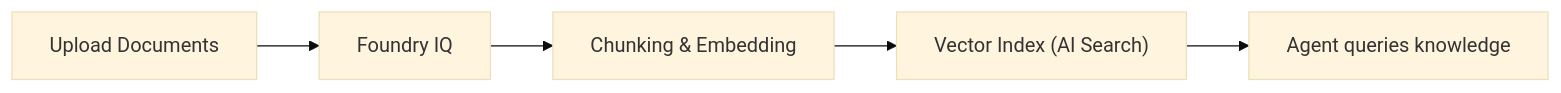
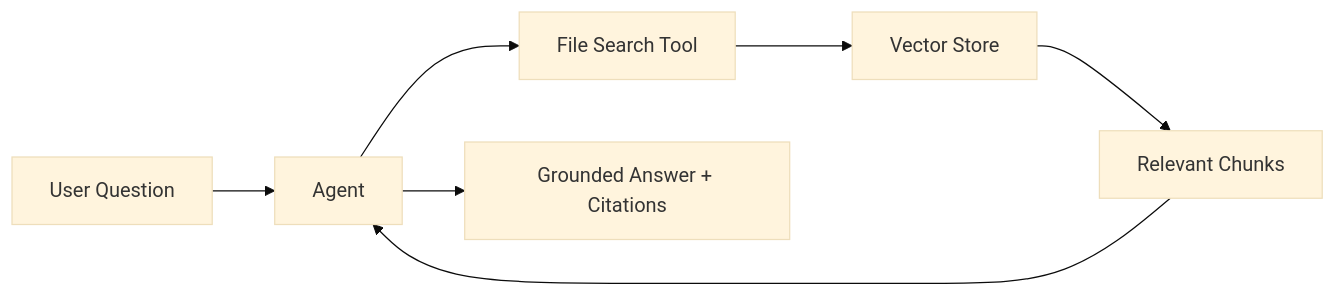
Before and after one commit to LauraVerghote/Agentic-ai-with-foundry-workshop: the diagram in lab-2-create-knowledge-base.md, drawn with Mermaid (base theme). The commit also changed other lines of this file and 2 other files, not shown here.

First line of the commit message:
Fix: Replace Foundry IQ MCP (406 bug) with File search tool

````diff
--- a/lab-2-create-knowledge-base.md
+++ b/lab-2-create-knowledge-base.md
@@ -30,7 +21,9 @@
 ```mermaid
 flowchart LR
-    A["Upload Documents"] --> B["Foundry IQ"]
-    B --> C["Chunking & Embedding"]
-    C --> D["Vector Index (AI Search)"]
-    D --> E["Agent queries knowledge"]
+    A["User Question"] --> B["Agent"]
+    B --> C["File Search Tool"]
+    C --> D["Vector Store"]
+    D --> E["Relevant Chunks"]
+    E --> B
+    B --> F["Grounded Answer + Citations"]
 ```
````
